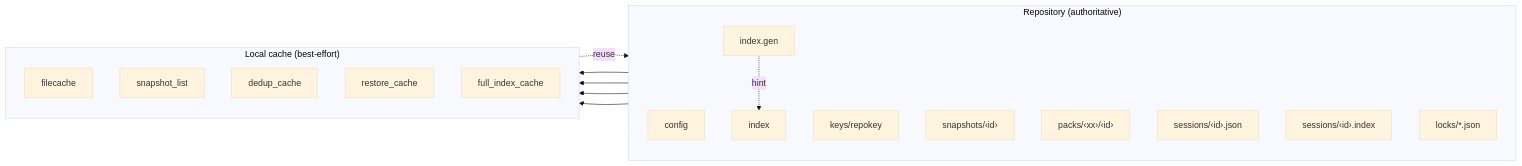
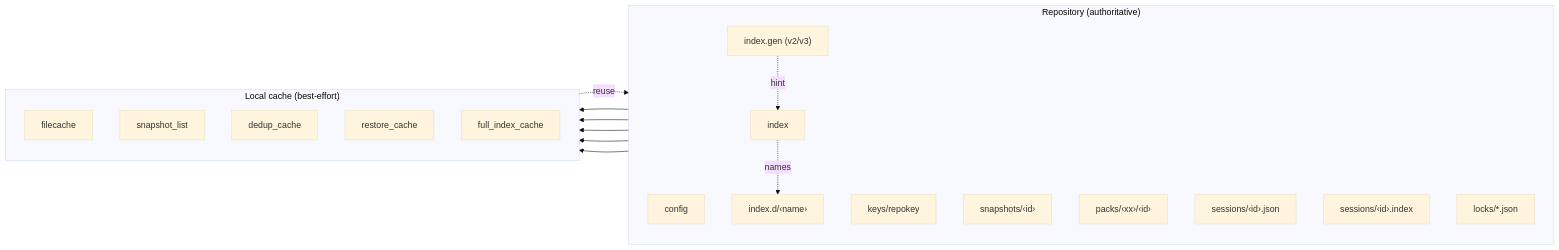
The first of 7 diagrams in docs/src/content/docs/architecture.md (borgbase/vykar), drawn with Mermaid (base theme) before and after one commit. The commit also changed other lines of this file and 30 other files, not shown here.

````diff
--- a/docs/src/content/docs/architecture.md
+++ b/docs/src/content/docs/architecture.md
@@ -283,31 +292,34 @@
 ```mermaid
 flowchart LR
     subgraph Repo["Repository (authoritative)"]
         direction TB
         config["config"]
         repokey["keys/repokey"]
         index["index"]
-        indexgen["index.gen"]
+        indexd["index.d/‹name›"]
+        indexgen["index.gen (v2/v3)"]
         snapshots["snapshots/‹id›"]
         packs["packs/‹xx›/‹id›"]
         sessions["sessions/‹id›.json"]
         journal["sessions/‹id›.index"]
         locks["locks/*.json"]
     end
 
     subgraph Cache["Local cache (best-effort)"]
         direction TB
         filecache["filecache"]
         snapshotlist["snapshot_list"]
         dedupcache["dedup_cache"]
         restorecache["restore_cache"]
         fullindex["full_index_cache"]
     end
 
     index --> dedupcache
     index --> restorecache
     index --> fullindex
     snapshots --> snapshotlist
     filecache -. reuse .-> index
     indexgen -. hint .-> index
+    index -. names .-> indexd
+    indexd --> fullindex
 ```
````
